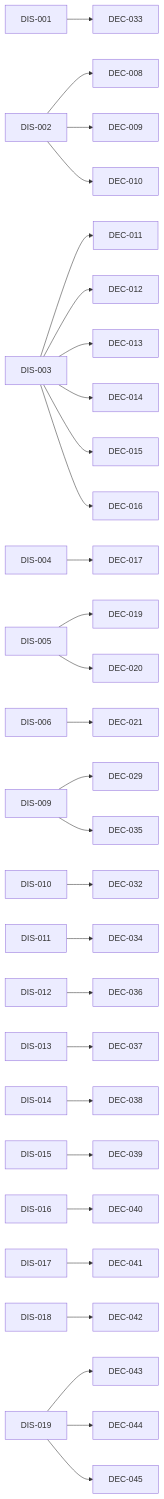
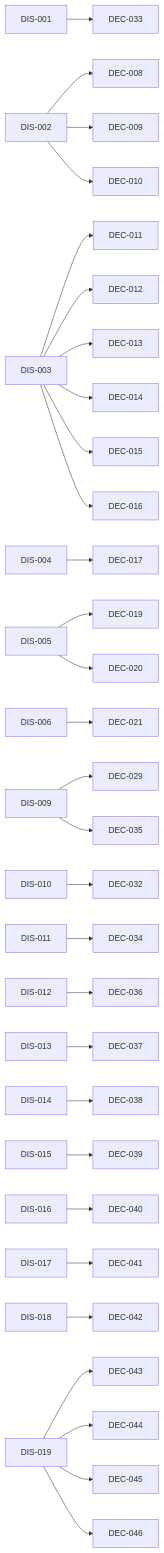
One commit to amartis/sonoai_research_notes changed the diagram in INDEX.md. Above: the diagram before and after it, drawn with Mermaid. The commit also changed other lines of this file and 3 other files, not shown here.

````diff
--- a/INDEX.md
+++ b/INDEX.md
@@ -159,31 +162,32 @@
 ```mermaid
 flowchart LR
   DIS_001[DIS-001] --> DEC_033[DEC-033]
   DIS_002[DIS-002] --> DEC_008[DEC-008]
   DIS_002[DIS-002] --> DEC_009[DEC-009]
   DIS_002[DIS-002] --> DEC_010[DEC-010]
   DIS_003[DIS-003] --> DEC_011[DEC-011]
   DIS_003[DIS-003] --> DEC_012[DEC-012]
   DIS_003[DIS-003] --> DEC_013[DEC-013]
   DIS_003[DIS-003] --> DEC_014[DEC-014]
   DIS_003[DIS-003] --> DEC_015[DEC-015]
   DIS_003[DIS-003] --> DEC_016[DEC-016]
   DIS_004[DIS-004] --> DEC_017[DEC-017]
   DIS_005[DIS-005] --> DEC_019[DEC-019]
   DIS_005[DIS-005] --> DEC_020[DEC-020]
   DIS_006[DIS-006] --> DEC_021[DEC-021]
   DIS_009[DIS-009] --> DEC_029[DEC-029]
   DIS_009[DIS-009] --> DEC_035[DEC-035]
   DIS_010[DIS-010] --> DEC_032[DEC-032]
   DIS_011[DIS-011] --> DEC_034[DEC-034]
   DIS_012[DIS-012] --> DEC_036[DEC-036]
   DIS_013[DIS-013] --> DEC_037[DEC-037]
   DIS_014[DIS-014] --> DEC_038[DEC-038]
   DIS_015[DIS-015] --> DEC_039[DEC-039]
   DIS_016[DIS-016] --> DEC_040[DEC-040]
   DIS_017[DIS-017] --> DEC_041[DEC-041]
   DIS_018[DIS-018] --> DEC_042[DEC-042]
   DIS_019[DIS-019] --> DEC_043[DEC-043]
   DIS_019[DIS-019] --> DEC_044[DEC-044]
   DIS_019[DIS-019] --> DEC_045[DEC-045]
+  DIS_019[DIS-019] --> DEC_046[DEC-046]
 ```
````
